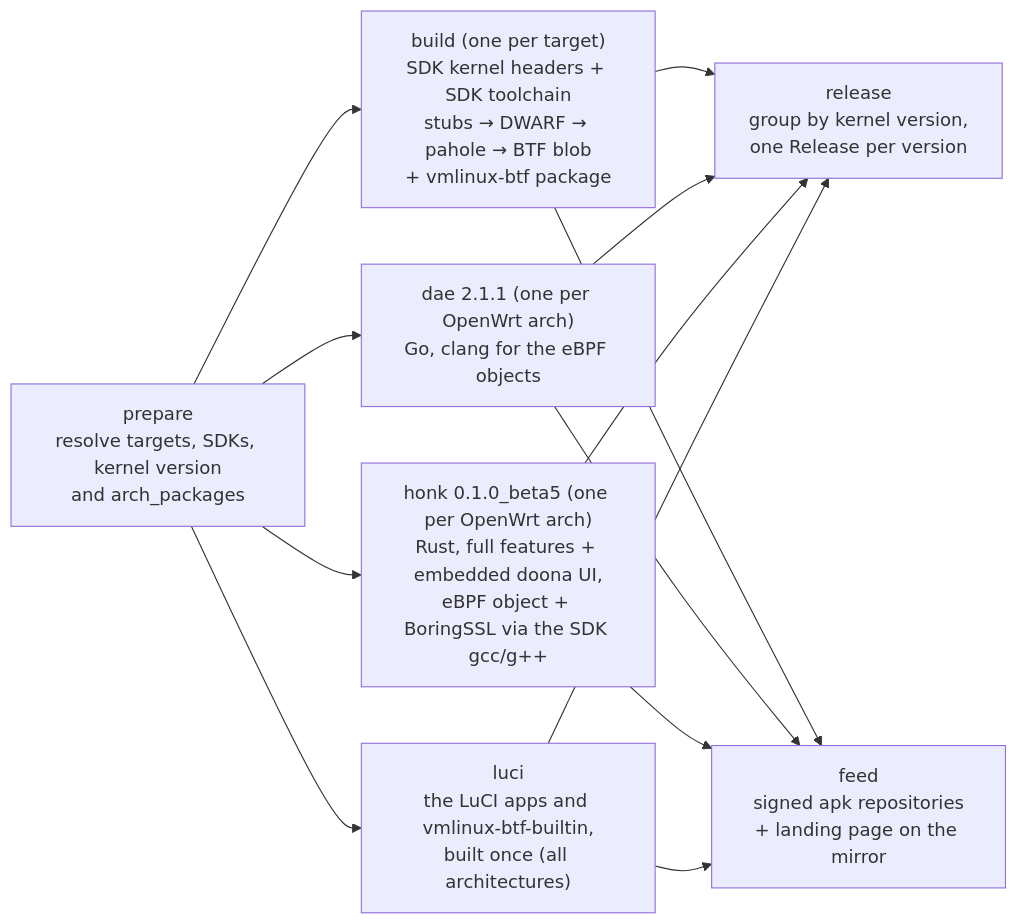
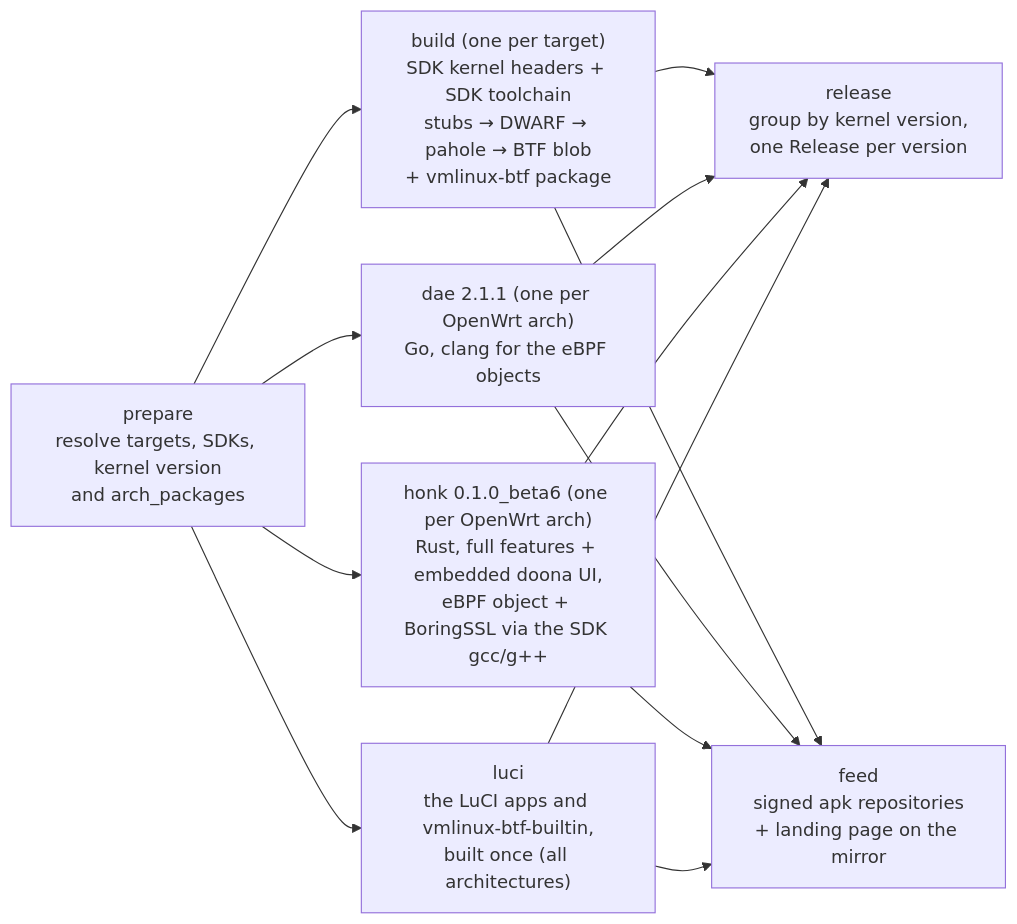
One commit to daeuniverse/openwrt-packages changed the diagram in README.md. Above: the diagram before and after it, drawn with Mermaid. The commit also changed other lines of this file and 2 other files, not shown here.

Commit message:
build(honk): move to v0.1.0-beta.6

````diff
--- a/README.md
+++ b/README.md
@@ -445,22 +445,22 @@
 ```mermaid
 flowchart LR
   P["prepare<br/>resolve targets, SDKs, kernel version<br/>and arch_packages"]
   K["build (one per target)<br/>SDK kernel headers + SDK toolchain<br/>stubs → DWARF → pahole → BTF blob<br/>+ vmlinux-btf package"]
   D["dae 2.1.1 (one per OpenWrt arch)<br/>Go, clang for the eBPF objects"]
-  H["honk 0.1.0_beta5 (one per OpenWrt arch)<br/>Rust, full features + embedded doona UI,<br/>eBPF object + BoringSSL via the SDK gcc/g++"]
+  H["honk 0.1.0_beta6 (one per OpenWrt arch)<br/>Rust, full features + embedded doona UI,<br/>eBPF object + BoringSSL via the SDK gcc/g++"]
   L["luci<br/>the LuCI apps and vmlinux-btf-builtin,<br/>built once (all architectures)"]
   R["release<br/>group by kernel version,<br/>one Release per version"]
   F["feed<br/>signed apk repositories<br/>+ landing page on the mirror"]
   P --> K
   P --> D
   P --> H
   P --> L
   K --> R
   D --> R
   H --> R
   L --> R
   K --> F
   D --> F
   H --> F
   L --> F
 ```
````
